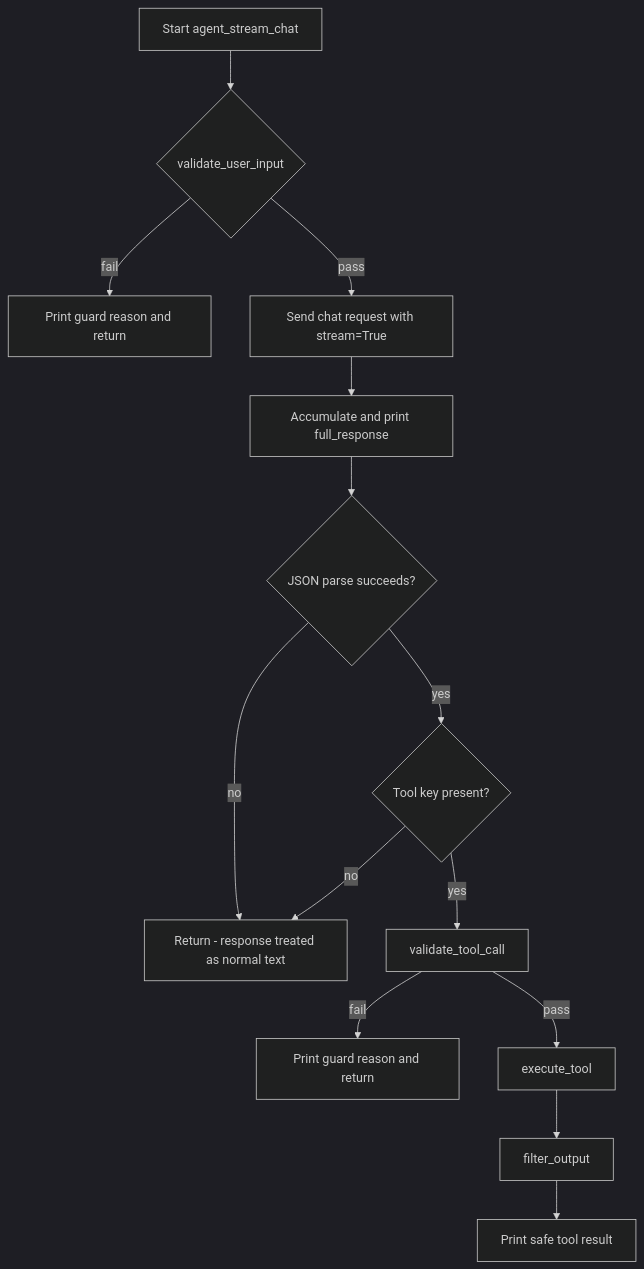
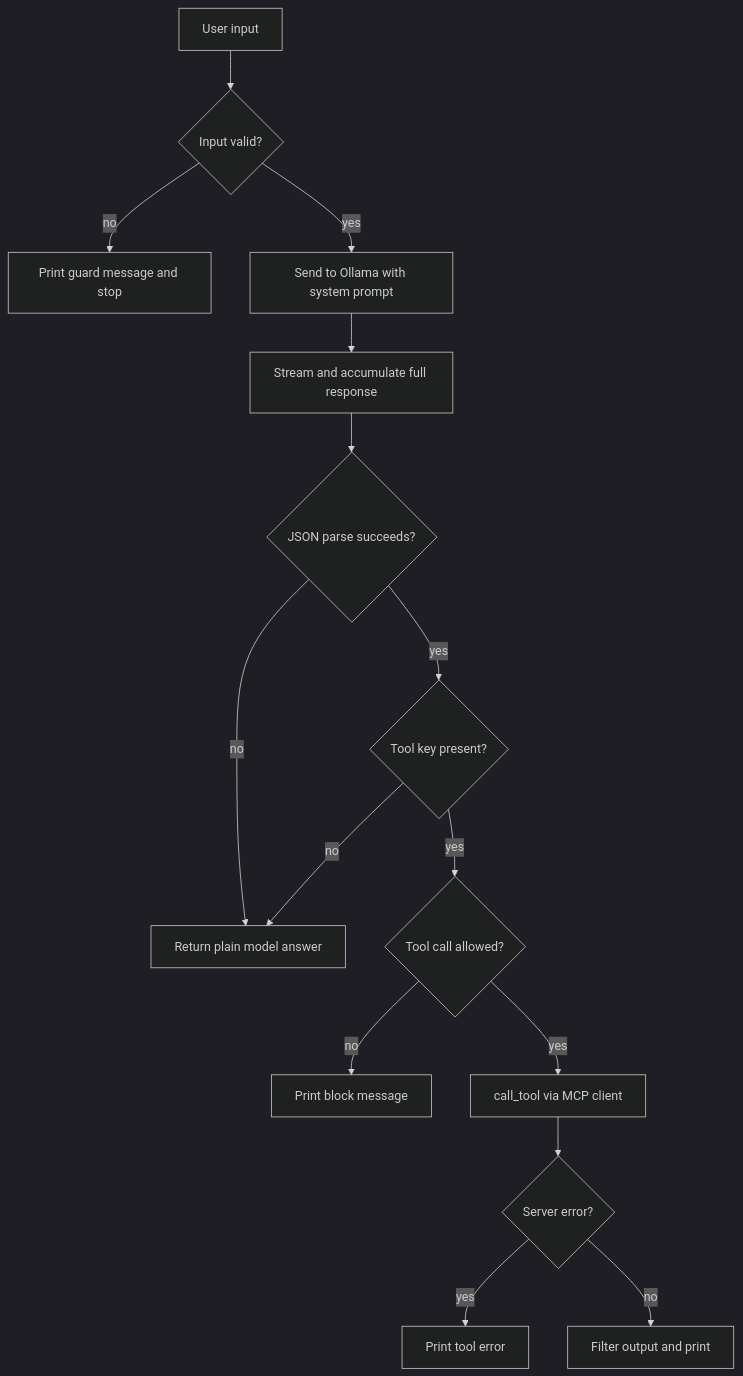
Before and after one commit to soorajrs409/e-agent: the third of 4 diagrams in docs/ARCHITECTURE.md, drawn with Mermaid (dark theme). The commit also changed other lines of this file and 8 other files, not shown here.

````diff
--- a/docs/ARCHITECTURE.md
+++ b/docs/ARCHITECTURE.md
@@ -64,16 +72,17 @@
 ```mermaid
 flowchart TD
-    A[Start agent_stream_chat] --> B{validate_user_input}
-    B -- fail --> C[Print guard reason and return]
-    B -- pass --> D[Send chat request with stream=True]
-    D --> E[Accumulate and print full_response]
+    A[User input] --> B{Input valid?}
+    B -- no --> C[Print guard message and stop]
+    B -- yes --> D[Send to Ollama with system prompt]
+    D --> E[Stream and accumulate full response]
     E --> F{JSON parse succeeds?}
-    F -- no --> G[Return - response treated as normal text]
+    F -- no --> G[Return plain model answer]
     F -- yes --> H{Tool key present?}
     H -- no --> G
-    H -- yes --> I[validate_tool_call]
-    I -- fail --> J[Print guard reason and return]
-    I -- pass --> K[execute_tool]
-    K --> L[filter_output]
-    L --> M[Print safe tool result]
+    H -- yes --> I{Tool call allowed?}
+    I -- no --> J[Print block message]
+    I -- yes --> K[call_tool via MCP client]
+    K --> L{Server error?}
+    L -- yes --> M[Print tool error]
+    L -- no --> N[Filter output and print]
 ```
````
